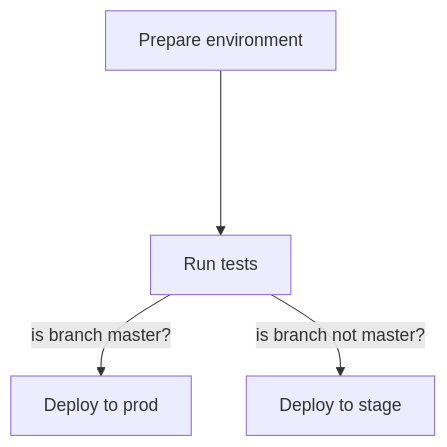
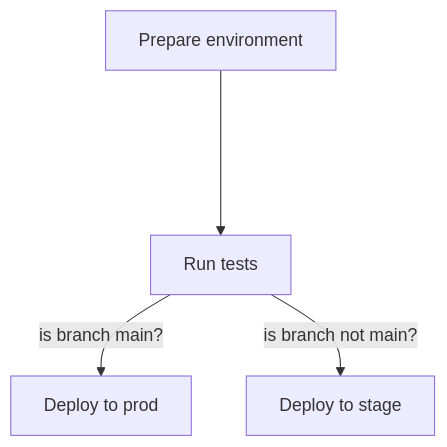
Before and after one commit to Jasstkn/helmwave-demo: the diagram in README.md, drawn with Mermaid.

````diff
--- a/README.md
+++ b/README.md
@@ -7,10 +7,10 @@
 ```mermaid
 graph TB;
     A[Prepare environment]
     B[Run tests]
     C[Deploy to prod]
     D[Deploy to stage]
     A---->B;
-    B--is branch master?-->C;
-    B--is branch not master?-->D;
+    B--is branch main?-->C;
+    B--is branch not main?-->D;
 ```
````
